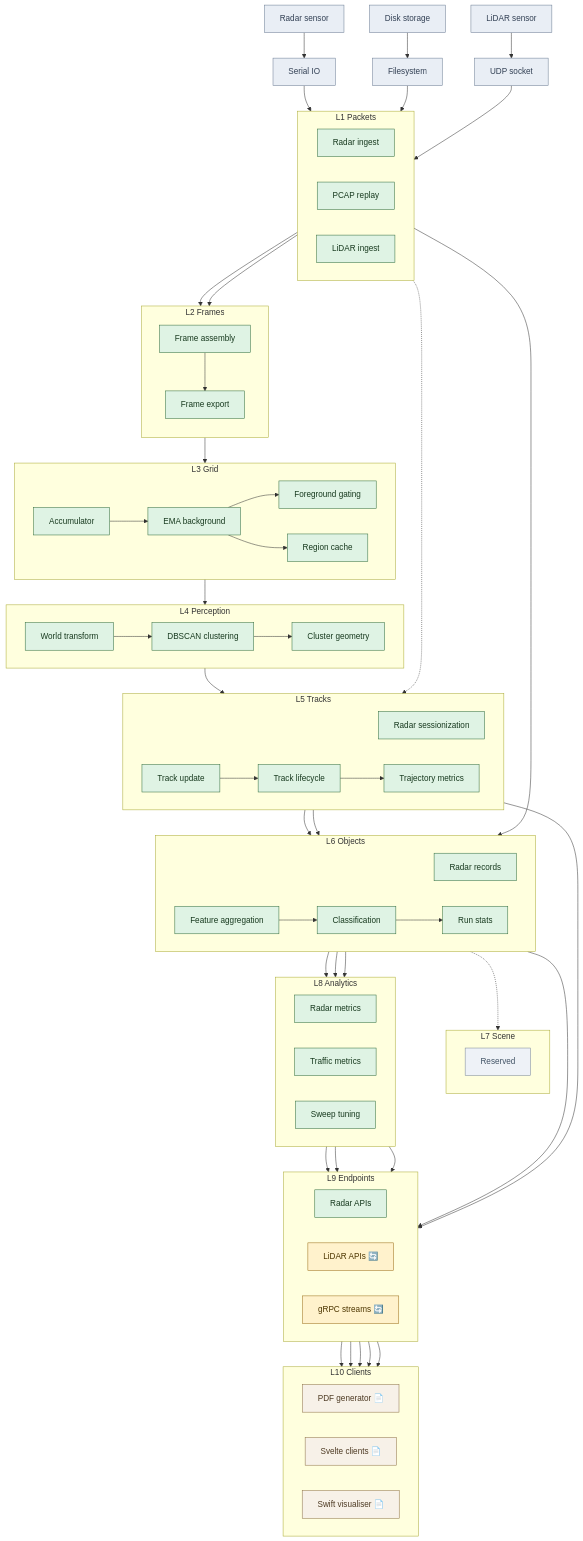
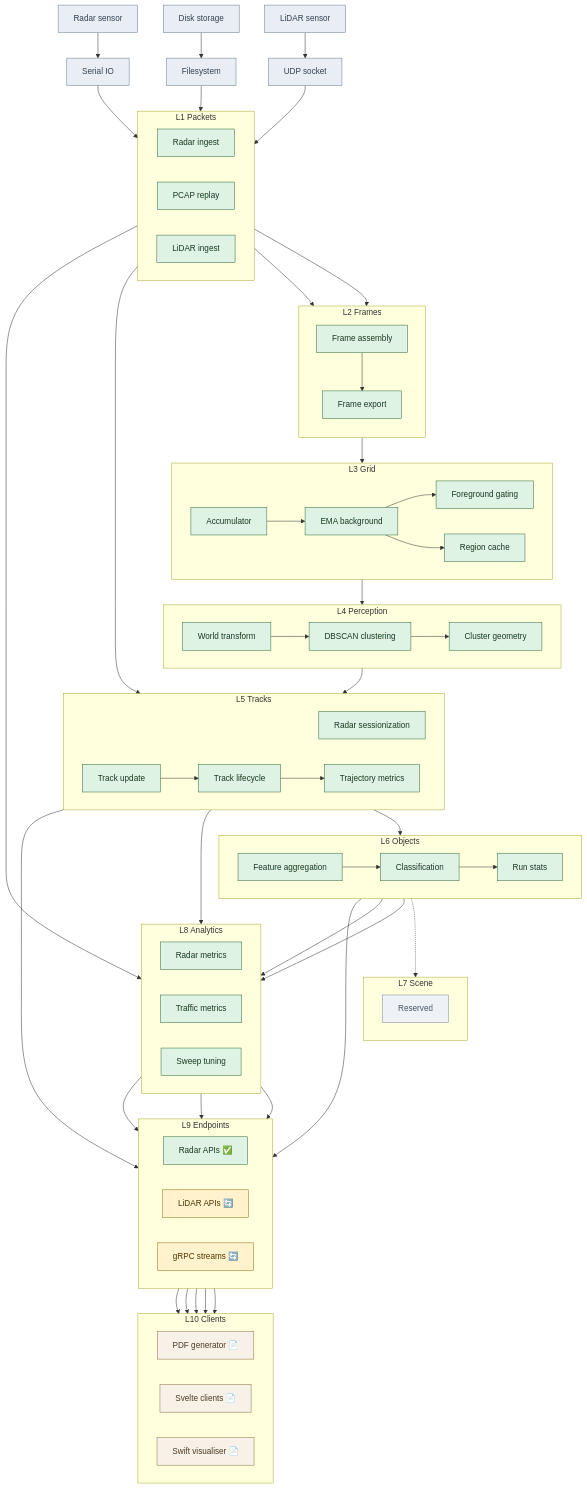
The diagram in docs/lidar/architecture/lidar-data-layer-model.md (banshee-data/velocity.report), drawn with Mermaid before and after one commit.

Commit message:
[docs] refine LiDAR data layer model documentation with updated flowchart labels and connections

````diff
--- a/docs/lidar/architecture/lidar-data-layer-model.md
+++ b/docs/lidar/architecture/lidar-data-layer-model.md
@@ -49,128 +49,126 @@
     classDef gap fill:#eef2f7,stroke:#7b8794,color:#425466;
     classDef infra fill:#e9eef5,stroke:#6b7c93,color:#334155;
 
-    R00["Radar sensor"]
-    D00["Disk storage"]
-    A00["LiDAR sensor"]
-    R01["Serial IO"]
-    D01["Filesystem"]
-    A01["UDP socket"]
+    P0a["Radar sensor"]
+    P0b["Disk storage"]
+    P0c["LiDAR sensor"]
+    P0d["Serial IO"]
+    P0e["Filesystem"]
+    P0f["UDP socket"]
 
     subgraph L1["L1 Packets"]
         direction LR
-        R11["Radar ingest"]
-        A12["PCAP replay"]
-        A11["LiDAR ingest"]
+        L1a["Radar ingest"]
+        L1b["PCAP replay"]
+        L1c["LiDAR ingest"]
     end
 
     subgraph L2["L2 Frames"]
         direction TB
-        A21["Frame assembly"]
-        A22["Frame export"]
+        L2a["Frame assembly"]
+        L2b["Frame export"]
     end
 
     subgraph L3["L3 Grid"]
         direction LR
-        A31["Accumulator"]
-        A32["EMA background"]
-        A33["Foreground gating"]
-        A34["Region cache"]
+        L3a["Accumulator"]
+        L3b["EMA background"]
+        L3c["Foreground gating"]
+        L3d["Region cache"]
     end
 
     subgraph L4["L4 Perception"]
         direction LR
-        A41["World transform"]
-        A43["DBSCAN clustering"]
-        A44["Cluster geometry"]
+        L4a["World transform"]
+        L4b["DBSCAN clustering"]
+        L4c["Cluster geometry"]
     end
 
     subgraph L5["L5 Tracks"]
         direction LR
-        R51["Radar sessionization"]
-        A51["Track update"]
-        A52["Track lifecycle"]
-        A53["Trajectory metrics"]
+        L5a["Radar sessionization"]
+        L5b["Track update"]
+        L5c["Track lifecycle"]
+        L5d["Trajectory metrics"]
     end
 
     subgraph L6["L6 Objects"]
         direction LR
-        R61["Radar records"]
-        A61["Feature aggregation"]
-        A62["Classification"]
-        A63["Run stats"]
+        L6a["Feature aggregation"]
+        L6b["Classification"]
+        L6c["Run stats"]
     end
 
     subgraph L7["L7 Scene"]
         direction LR
-        A71["Reserved"]
+        L7a["Reserved"]
     end
 
     subgraph L8["L8 Analytics"]
         direction LR
-        R81["Radar metrics"]
-        A81["Traffic metrics"]
-        A83["Sweep tuning"]
+        L8a["Radar metrics"]
+        L8b["Traffic metrics"]
+        L8c["Sweep tuning"]
     end
 
     subgraph L9["L9 Endpoints"]
         direction LR
-        R91["Radar APIs"]
-        A92["LiDAR APIs 🔄"]
-        A91["gRPC streams 🔄"]
+        L9a["Radar APIs ✅"]
+        L9b["LiDAR APIs 🔄"]
+        L9c["gRPC streams 🔄"]
     end
 
     subgraph L10["L10 Clients"]
         direction LR
-        R102["PDF generator 📄"]
-        A102["Svelte clients 📄"]
-        A101["Swift visualiser 📄"]
+        L10a["PDF generator 📄"]
+        L10b["Svelte clients 📄"]
+        L10c["Swift visualiser 📄"]
     end
 
-    R00 --> R01
-    D00 --> D01
-    A00 --> A01
-    R01 --> R11
-    D01 --> A12
-    A01 --> A11
+    P0a --> P0d
+    P0b --> P0e
+    P0c --> P0f
+    P0d --> L1a
+    P0e --> L1b
+    P0f --> L1c
 
-    A11 --> A21
-    A12 --> A21
-    A21 --> A22
-    A21 --> A31
-    A31 --> A32
-    A32 --> A33
-    A32 --> A34
-    A33 --> A41
-    A41 --> A43
-    A43 --> A44
-    A44 --> A51
-    A51 --> A52
-    A52 --> A53
-    A53 --> A61
-    A61 --> A62
-    A62 --> A63
-    A62 -.-> A71
-    A63 --> A81
-    A63 --> A83
-    A53 --> A91
-    A62 --> A91
-    A81 --> A92
-    A83 --> A92
-    A91 --> A101
-    A92 --> A101
-    A92 --> A102
+    L1c --> L2a
+    L1b --> L2a
+    L2a --> L2b
+    L2a --> L3a
+    L3a --> L3b
+    L3b --> L3c
+    L3b --> L3d
+    L3c --> L4a
+    L4a --> L4b
+    L4b --> L4c
+    L4c --> L5b
+    L5b --> L5c
+    L5c --> L5d
+    L5d --> L6a
+    L6a --> L6b
+    L6b --> L6c
+    L6b -.-> L7a
+    L6c --> L8b
+    L6c --> L8c
+    L5d --> L9c
+    L6b --> L9c
+    L8b --> L9b
+    L8c --> L9b
+    L9c --> L10c
+    L9b --> L10c
+    L9b --> L10b
 
-    R11 --> R61
-    R11 -.-> R51
-    R61 --> R81
-    R51 --> R61
-    R81 --> R91
-    R91 --> R102
-    R91 --> A102
+    L1a --> L5a
+    L5a --> L8a
+    L1a --> L8a
+    L8a --> L9a
+    L9a --> L10a
+    L9a --> L10b
 
-    class R00,A00,D00,R01,A01,D01 infra;
-    class A11,A12,R11,A21,A22,A31,A32,A33,A34,A41,A43,A44,R51,A51,A52,A53,A61,A62,A63,R61,A81,A83,R81,R91 implemented;
-    class A91,A92 partial;
-    class A71 gap;
-    class A101,A102,R102 client;
+    class P0a,P0b,P0c,P0d,P0e,P0f infra;
+    class L1a,L1b,L1c,L2a,L2b,L3a,L3b,L3c,L3d,L4a,L4b,L4c,L5a,L5b,L5c,L5d,L6a,L6b,L6c,L8a,L8b,L8c,L9a implemented;
+    class L9b,L9c partial;
+    class L7a gap;
+    class L10a,L10b,L10c client;
 ```
````
